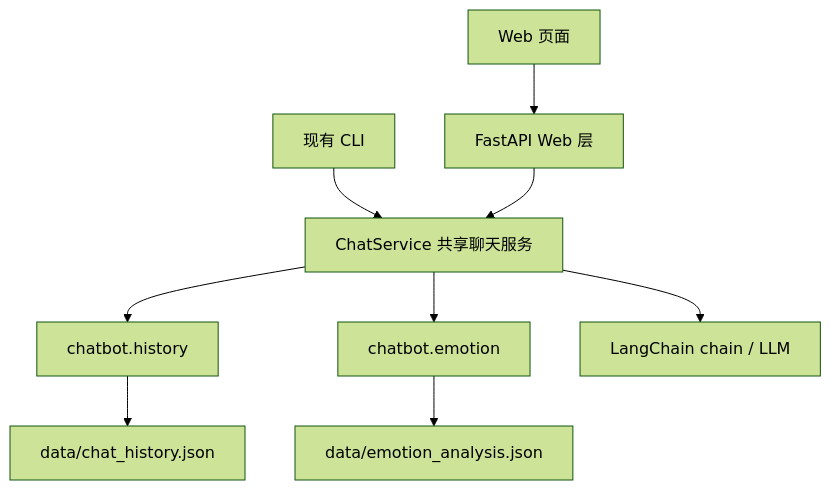
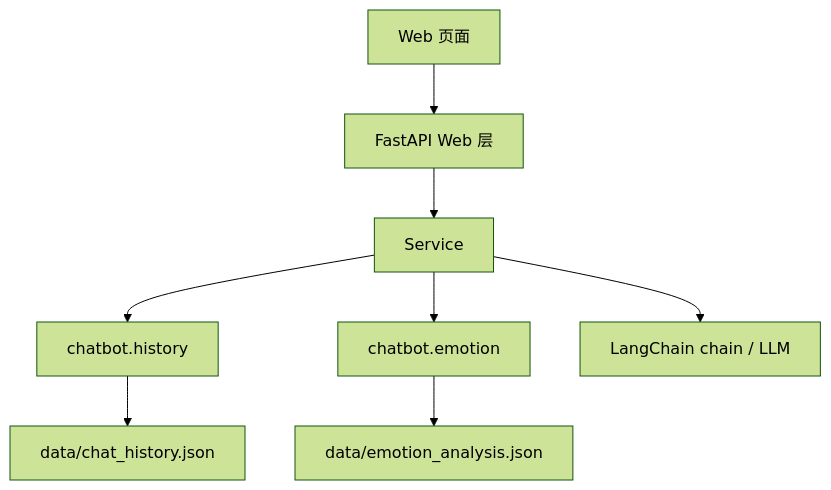
Before and after one commit to n0rk1n/HDU-erc: the first of 3 diagrams in docs/superpowers/specs/2026-05-17-web-chat-sse-design.md, drawn with Mermaid (forest theme). The commit also changed other lines of this file, not shown here.

Commit message:
docs: make web chat design web only

````diff
--- a/docs/superpowers/specs/2026-05-17-web-chat-sse-design.md
+++ b/docs/superpowers/specs/2026-05-17-web-chat-sse-design.md
@@ -29,11 +29,10 @@
 ```mermaid
 flowchart TD
     Browser["Web 页面"] --> Web["FastAPI Web 层"]
-    CLI["现有 CLI"] --> Service["ChatService 共享聊天服务"]
     Web --> Service
     Service --> History["chatbot.history"]
     Service --> Emotion["chatbot.emotion"]
     Service --> Chain["LangChain chain / LLM"]
     History --> Data["data/chat_history.json"]
     Emotion --> EmotionData["data/emotion_analysis.json"]
 ```
````
